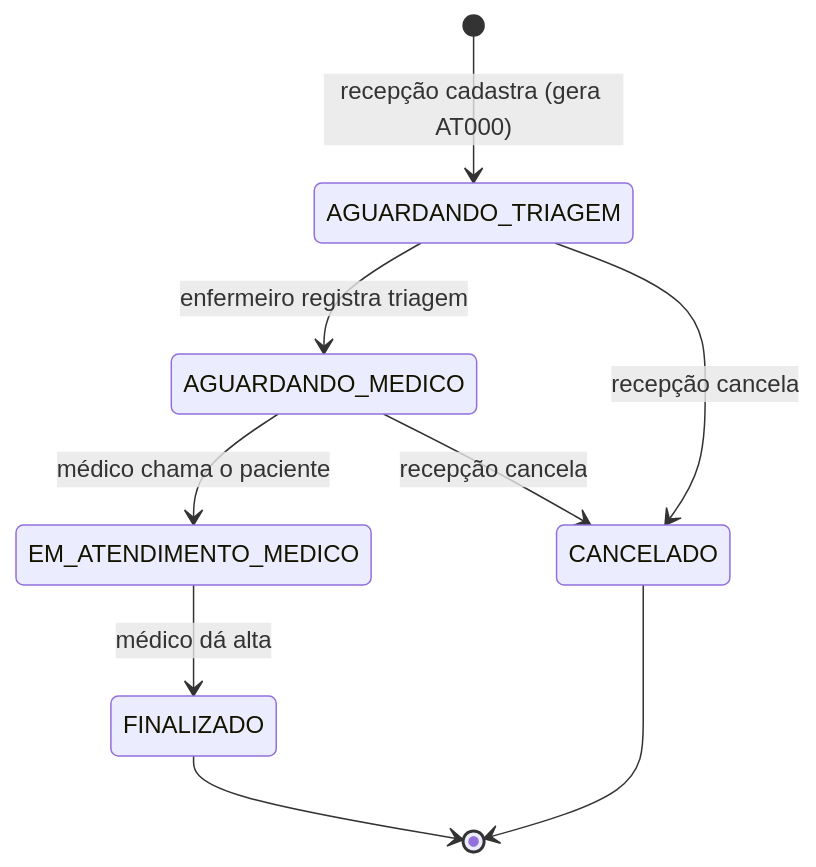
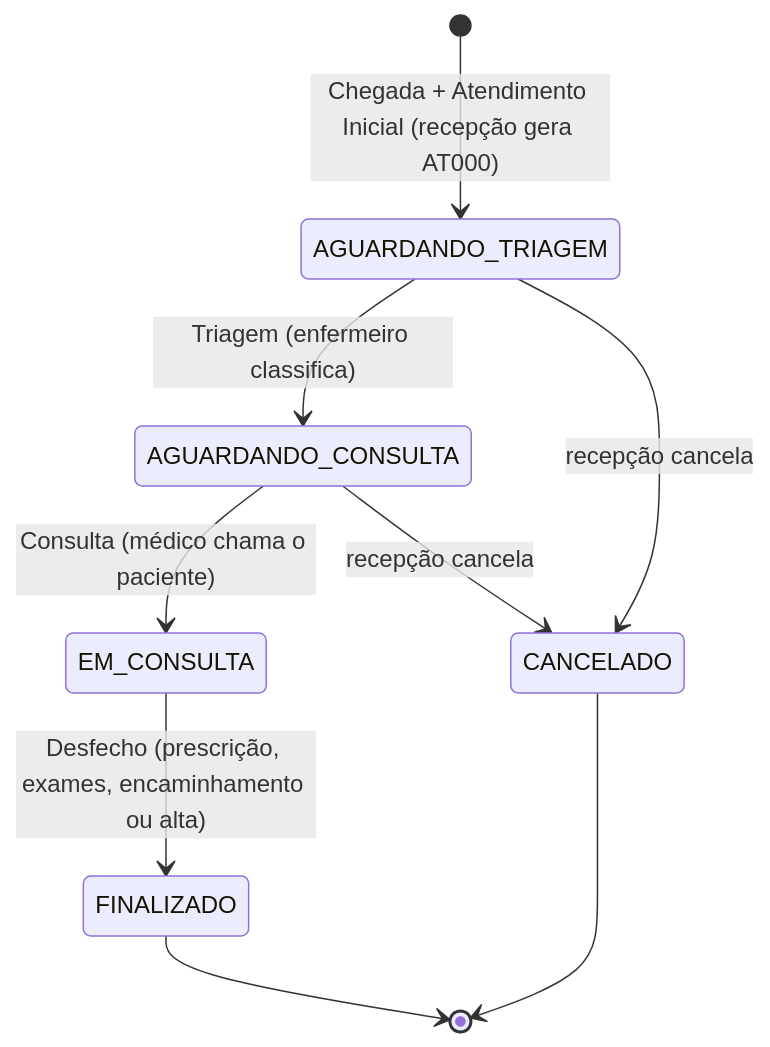
Before and after one commit to bandin01/Sistema-de-Atendimento-de-Pronto-Socorro: the third of 4 diagrams in docs/MER.md, drawn with Mermaid. The commit also changed other lines of this file and 26 other files, not shown here.

First line of the commit message:
MER/DER: fluxo em etapas, consulta, desfecho e históricos

````diff
--- a/docs/MER.md
+++ b/docs/MER.md
@@ -86,11 +165,11 @@
 ```mermaid
 stateDiagram-v2
-  [*] --> AGUARDANDO_TRIAGEM: recepção cadastra (gera AT000)
-  AGUARDANDO_TRIAGEM --> AGUARDANDO_MEDICO: enfermeiro registra triagem
-  AGUARDANDO_MEDICO --> EM_ATENDIMENTO_MEDICO: médico chama o paciente
-  EM_ATENDIMENTO_MEDICO --> FINALIZADO: médico dá alta
+  [*] --> AGUARDANDO_TRIAGEM: Chegada + Atendimento Inicial (recepção gera AT000)
+  AGUARDANDO_TRIAGEM --> AGUARDANDO_CONSULTA: Triagem (enfermeiro classifica)
+  AGUARDANDO_CONSULTA --> EM_CONSULTA: Consulta (médico chama o paciente)
+  EM_CONSULTA --> FINALIZADO: Desfecho (prescrição, exames, encaminhamento ou alta)
   AGUARDANDO_TRIAGEM --> CANCELADO: recepção cancela
-  AGUARDANDO_MEDICO --> CANCELADO: recepção cancela
+  AGUARDANDO_CONSULTA --> CANCELADO: recepção cancela
   FINALIZADO --> [*]
   CANCELADO --> [*]
 ```
````
